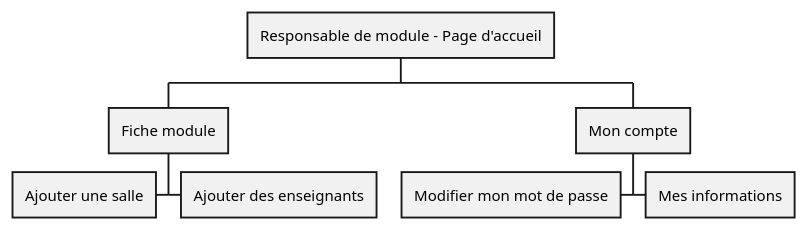
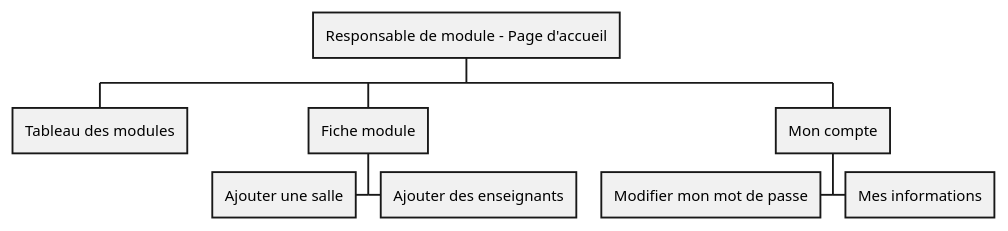
The diagram in docs/uml/v1/responsable_de_module.puml (luciaLebrun/AppModules), drawn with PlantUML before and after one commit. The commit also changed 8 other files, not shown here.

```diff
--- a/docs/uml/v1/responsable_de_module.puml
+++ b/docs/uml/v1/responsable_de_module.puml
@@ -1,9 +1,10 @@
 @startwbs
 + Responsable de module - Page d'accueil
+++ Tableau des modules
 ++ Fiche module
 +++ Ajouter des enseignants
 ++- Ajouter une salle
 ++ Mon compte
 ++- Modifier mon mot de passe
 +++ Mes informations
 @endwbs
```
